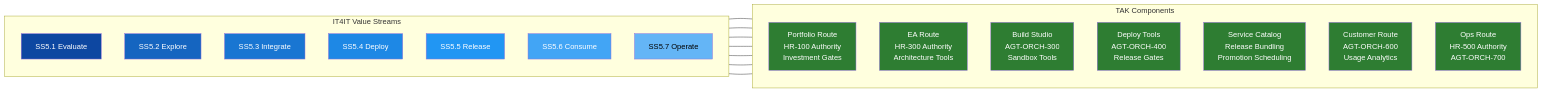
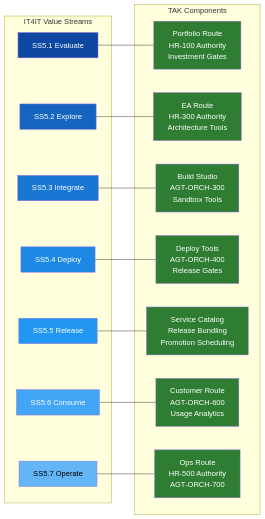
One commit to OpenDigitalProductFactory/opendigitalproductfactory changed the diagram in docs/architecture/tak-diagrams/09-it4it-mapping.mmd. Above: the diagram before and after it, drawn with Mermaid. The commit also changed 3 other files, not shown here.

First line of the commit message:
fix(diagrams): remove subgraph direction keywords for Mermaid 10.3 compat

```diff
--- a/docs/architecture/tak-diagrams/09-it4it-mapping.mmd
+++ b/docs/architecture/tak-diagrams/09-it4it-mapping.mmd
@@ -1,45 +1,43 @@
 flowchart LR
     subgraph VS["IT4IT Value Streams"]
-        direction TB
         E1["SS5.1 Evaluate"]
         E2["SS5.2 Explore"]
         I["SS5.3 Integrate"]
         D["SS5.4 Deploy"]
         R["SS5.5 Release"]
         C["SS5.6 Consume"]
         O["SS5.7 Operate"]
     end
 
     subgraph TAK_COMP["TAK Components"]
-        direction TB
         T1["Portfolio Route\nHR-100 Authority\nInvestment Gates"]
         T2["EA Route\nHR-300 Authority\nArchitecture Tools"]
         T3["Build Studio\nAGT-ORCH-300\nSandbox Tools"]
         T4["Deploy Tools\nAGT-ORCH-400\nRelease Gates"]
         T5["Service Catalog\nRelease Bundling\nPromotion Scheduling"]
         T6["Customer Route\nAGT-ORCH-600\nUsage Analytics"]
         T7["Ops Route\nHR-500 Authority\nAGT-ORCH-700"]
     end
 
     E1 --- T1
     E2 --- T2
     I --- T3
     D --- T4
     R --- T5
     C --- T6
     O --- T7
 
     style E1 fill:#0d47a1,color:#fff
     style E2 fill:#1565c0,color:#fff
     style I fill:#1976d2,color:#fff
     style D fill:#1e88e5,color:#fff
     style R fill:#2196f3,color:#fff
     style C fill:#42a5f5,color:#fff
     style O fill:#64b5f6,color:#000
     style T1 fill:#2e7d32,color:#fff
     style T2 fill:#2e7d32,color:#fff
     style T3 fill:#2e7d32,color:#fff
     style T4 fill:#2e7d32,color:#fff
     style T5 fill:#2e7d32,color:#fff
     style T6 fill:#2e7d32,color:#fff
     style T7 fill:#2e7d32,color:#fff
```
